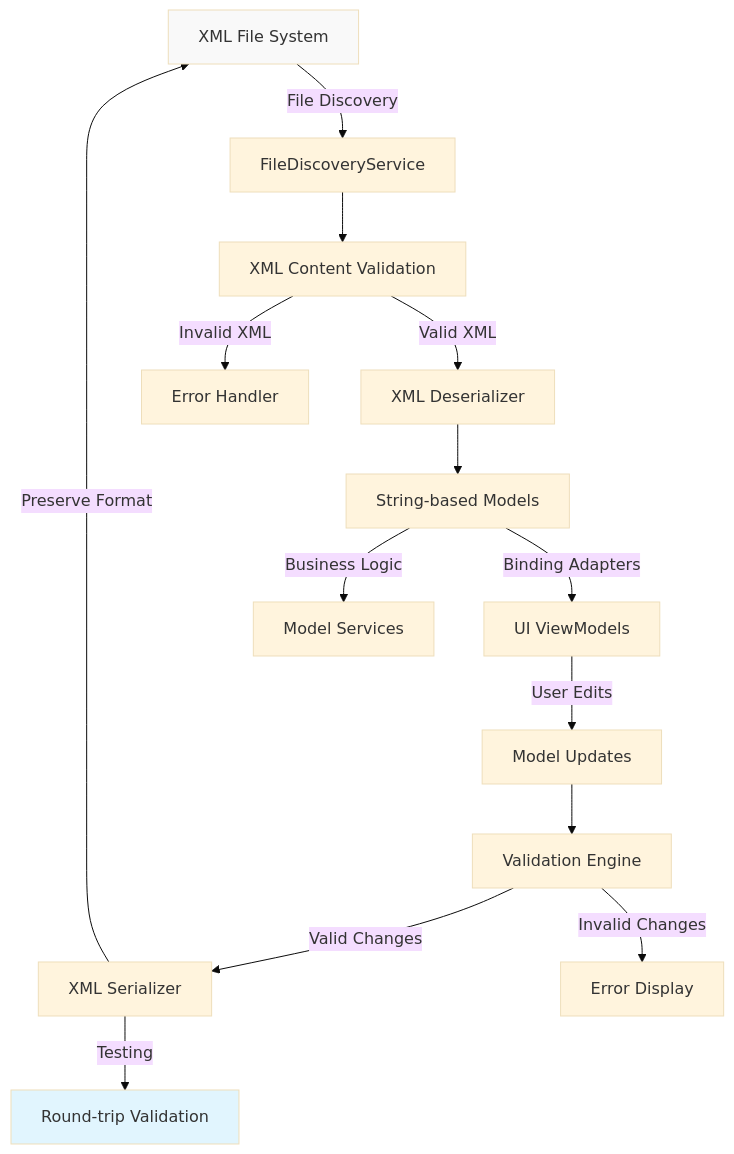
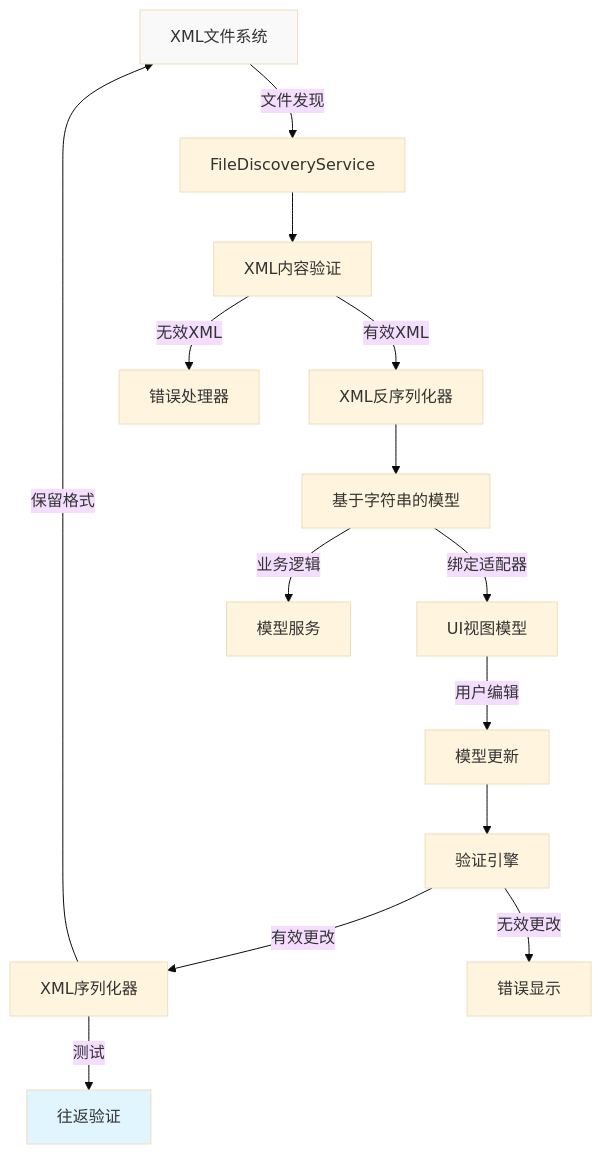
Before and after one commit to BannerlordModer/BannerlordModEditor: the first of 3 diagrams in docs/reference/data-flow.md, drawn with Mermaid (base theme). The commit also changed other lines of this file and 3 other files, not shown here.

````diff
--- a/docs/reference/data-flow.md
+++ b/docs/reference/data-flow.md
@@ -11,22 +11,22 @@
 ```mermaid
 graph TD
-    A[XML File System] -->|File Discovery| B[FileDiscoveryService]
-    B --> C[XML Content Validation]
-    C -->|Valid XML| D[XML Deserializer]
-    C -->|Invalid XML| E[Error Handler]
+    A[XML文件系统] -->|文件发现| B[FileDiscoveryService]
+    B --> C[XML内容验证]
+    C -->|有效XML| D[XML反序列化器]
+    C -->|无效XML| E[错误处理器]
     
-    D --> F[String-based Models]
-    F -->|Binding Adapters| G[UI ViewModels]
-    F -->|Business Logic| H[Model Services]
+    D --> F[基于字符串的模型]
+    F -->|绑定适配器| G[UI视图模型]
+    F -->|业务逻辑| H[模型服务]
     
-    G -->|User Edits| I[Model Updates]
-    I --> J[Validation Engine]
-    J -->|Valid Changes| K[XML Serializer]
-    J -->|Invalid Changes| L[Error Display]
+    G -->|用户编辑| I[模型更新]
+    I --> J[验证引擎]
+    J -->|有效更改| K[XML序列化器]
+    J -->|无效更改| L[错误显示]
     
-    K -->|Preserve Format| A
-    K -->|Testing| M[Round-trip Validation]
+    K -->|保留格式| A
+    K -->|测试| M[往返验证]
     
     style A fill:#f9f9f9
     style M fill:#e1f5fe
 ```
````
